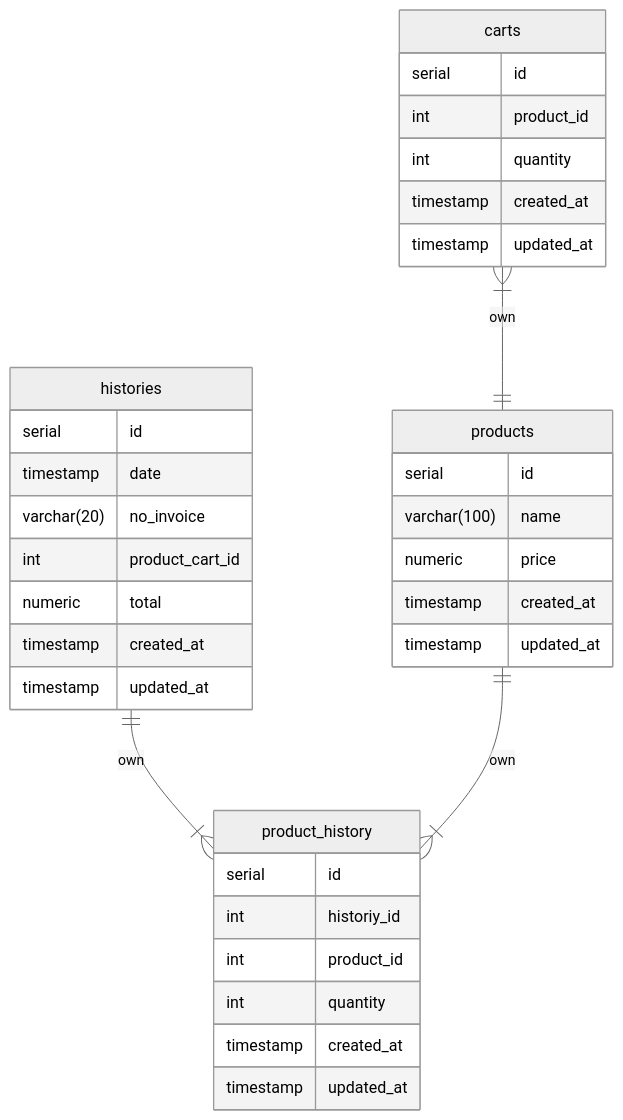
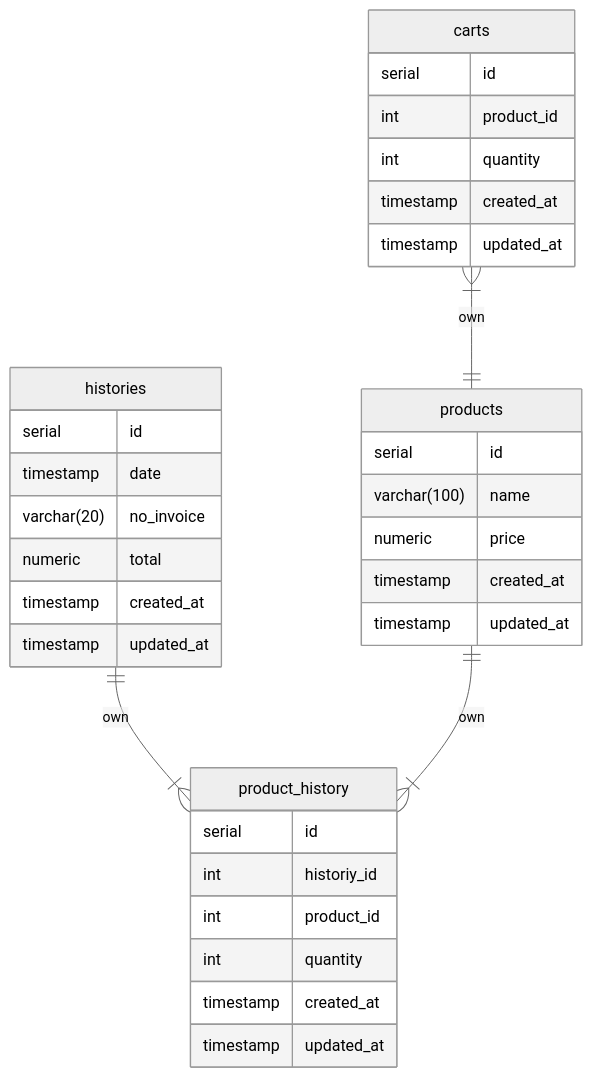
Before and after one commit to ItsnaMaulanaHasan/koda-b4-golang-weekly: the diagram in README.md, drawn with Mermaid (neutral theme).

Commit message:
docs: edit erd

````diff
--- a/README.md
+++ b/README.md
@@ -7,42 +7,41 @@
 ```mermaid
 erDiagram
     products {
         serial id
         varchar(100) name
         numeric price
         timestamp created_at
         timestamp updated_at
     }
 
     carts {
         serial id
         int product_id
         int quantity
         timestamp created_at
         timestamp updated_at
     }
 
     carts }|--|| products : own
 
     histories {
         serial id
         timestamp date
         varchar(20) no_invoice
-        int product_cart_id
         numeric total
         timestamp created_at
         timestamp updated_at
     }
 
     product_history {
         serial id
         int historiy_id
         int product_id
         int quantity
         timestamp created_at
         timestamp updated_at
     }
 
     histories ||--|{ product_history : own
     products ||--|{ product_history : own
 ```
````
